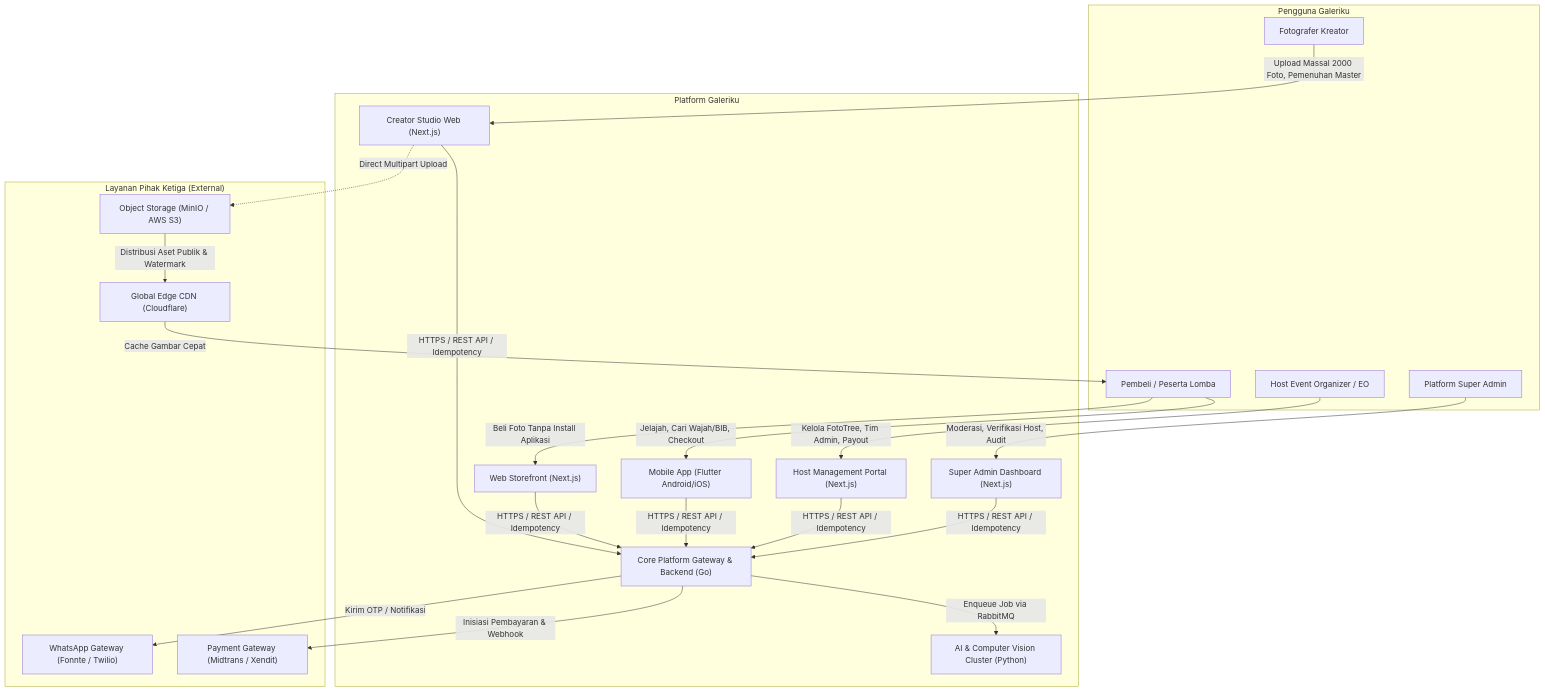
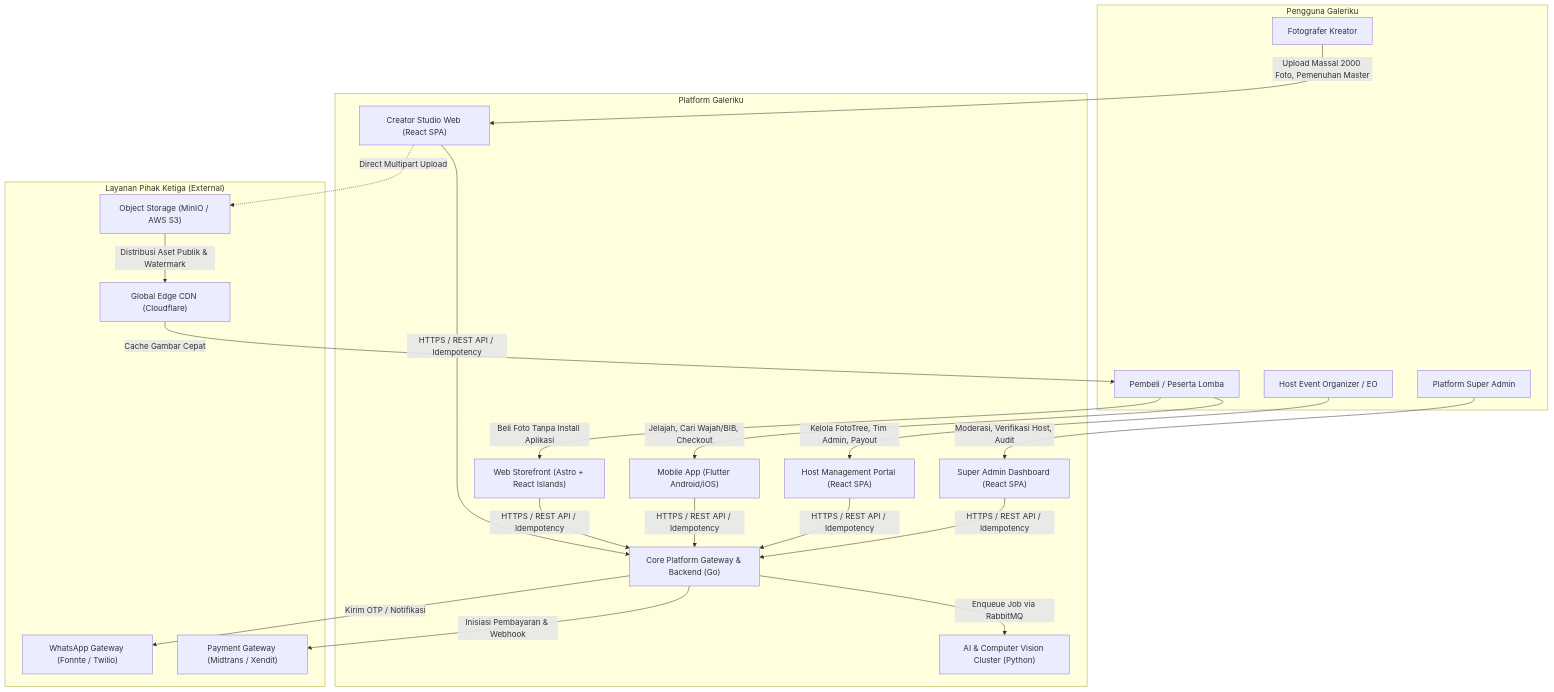
One commit to kaivyy/galeriku changed the first of 8 diagrams in ARCHITECTURE.md. Above: the diagram before and after it, drawn with Mermaid. The commit also changed other lines of this file and 1 other file, not shown here.

Commit message:
docs(architecture): align frontend stack with PRD, Astro replaces Next.js
The PRD (section 4.2) and UI_UX_SPEC (section 1) specify Astro 4+ with
React Islands for the public storefront and React SPA for the internal
channels (Creator Studio, Host Portal, Admin Dashboard). ARCHITECTURE.md
was the only document still naming Next.js; both copies now match the
approved stack. Verified: zero Next.js references remain in any doc.

````diff
--- a/ARCHITECTURE.md
+++ b/ARCHITECTURE.md
@@ -23,40 +23,40 @@
 ```mermaid
 flowchart TD
     subgraph Users ["Pengguna Galeriku"]
         buyer["Pembeli / Peserta Lomba"]
         creator["Fotografer Kreator"]
         host["Host Event Organizer / EO"]
         admin["Platform Super Admin"]
     end
 
     subgraph GalerikuSystem ["Platform Galeriku"]
         mobileApp["Mobile App (Flutter Android/iOS)"]
-        webStore["Web Storefront (Next.js)"]
-        creatorStudio["Creator Studio Web (Next.js)"]
-        hostPortal["Host Management Portal (Next.js)"]
-        adminPortal["Super Admin Dashboard (Next.js)"]
+        webStore["Web Storefront (Astro + React Islands)"]
+        creatorStudio["Creator Studio Web (React SPA)"]
+        hostPortal["Host Management Portal (React SPA)"]
+        adminPortal["Super Admin Dashboard (React SPA)"]
         coreBackend["Core Platform Gateway & Backend (Go)"]
         aiWorkers["AI & Computer Vision Cluster (Python)"]
     end
 
     subgraph ExternalServices ["Layanan Pihak Ketiga (External)"]
         payGw["Payment Gateway (Midtrans / Xendit)"]
         waGw["WhatsApp Gateway (Fonnte / Twilio)"]
         s3Storage["Object Storage (MinIO / AWS S3)"]
         cdn["Global Edge CDN (Cloudflare)"]
     end
 
     buyer -->|Jelajah, Cari Wajah/BIB, Checkout| mobileApp
     buyer -->|Beli Foto Tanpa Install Aplikasi| webStore
     creator -->|Upload Massal 2000 Foto, Pemenuhan Master| creatorStudio
     host -->|Kelola FotoTree, Tim Admin, Payout| hostPortal
     admin -->|Moderasi, Verifikasi Host, Audit| adminPortal
 
     mobileApp & webStore & creatorStudio & hostPortal & adminPortal -->|HTTPS / REST API / Idempotency| coreBackend
     coreBackend -->|Enqueue Job via RabbitMQ| aiWorkers
     coreBackend -->|Inisiasi Pembayaran & Webhook| payGw
     coreBackend -->|Kirim OTP / Notifikasi| waGw
     creatorStudio -.->|Direct Multipart Upload| s3Storage
     s3Storage -->|Distribusi Aset Publik & Watermark| cdn
     cdn -->|Cache Gambar Cepat| buyer
 ```
````
